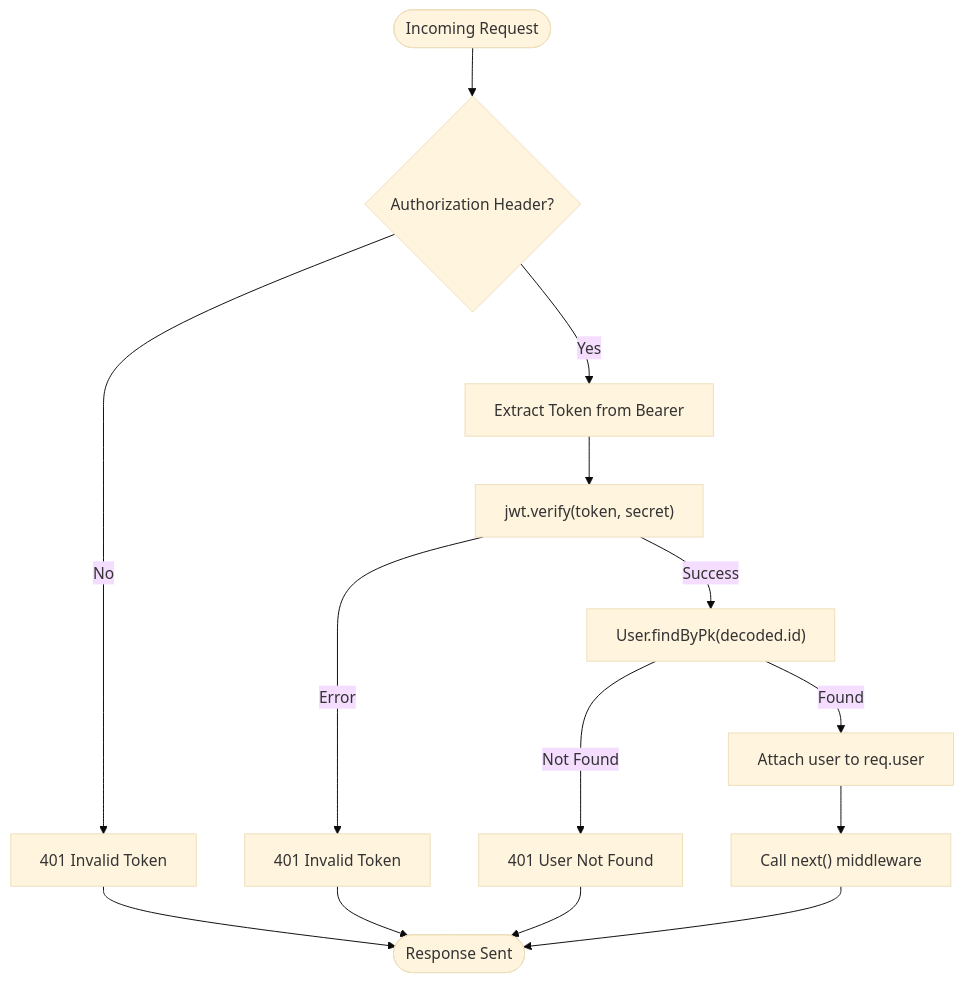
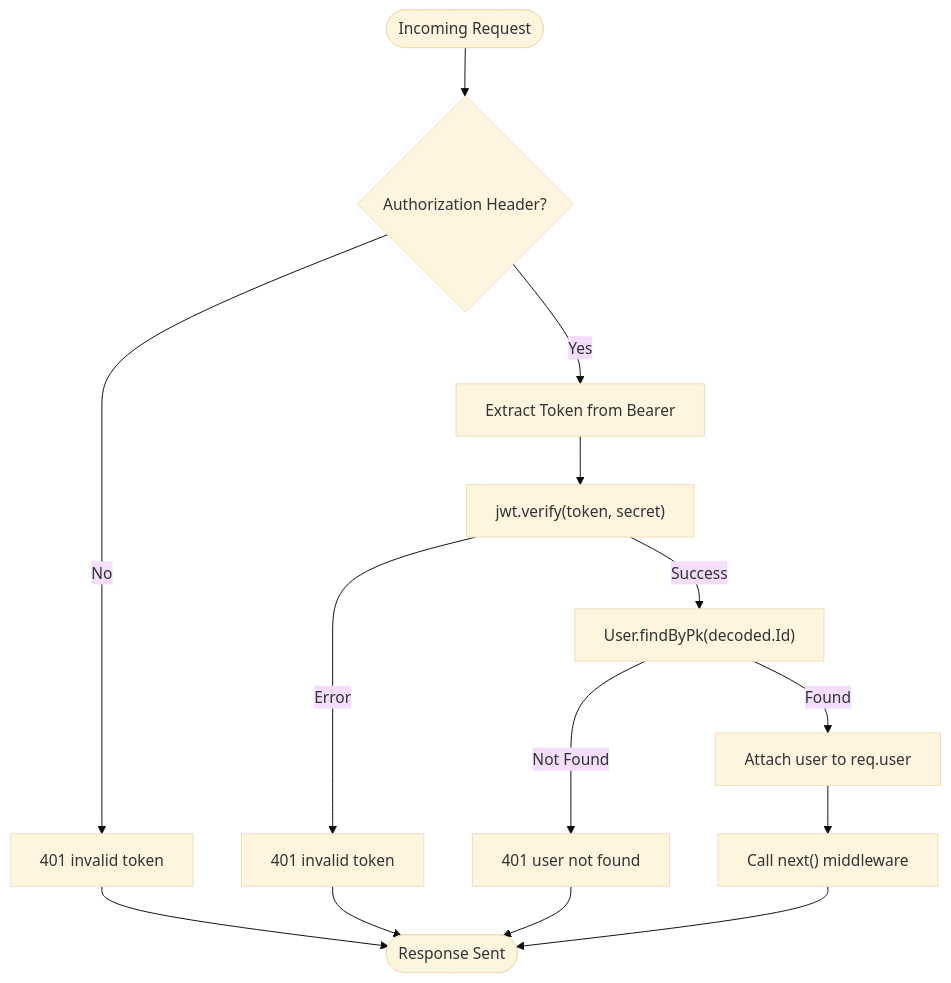
Before and after one commit to Mreng78/khirocom_project: the fifth of 8 diagrams in .qoder/repowiki/en/content/Feature Modules/User Management System.md, drawn with Mermaid (base theme). The commit also changed other lines of this file and 13 other files, not shown here.

````diff
--- a/.qoder/repowiki/en/content/Feature Modules/User Management System.md
+++ b/.qoder/repowiki/en/content/Feature Modules/User Management System.md
@@ -305,16 +342,16 @@
 ```mermaid
 flowchart TD
 Start(["Incoming Request"]) --> HeaderCheck{"Authorization Header?"}
-HeaderCheck --> |No| Unauthorized["401 Invalid Token"]
+HeaderCheck --> |No| Unauthorized["401 invalid token"]
 HeaderCheck --> |Yes| ExtractToken["Extract Token from Bearer"]
 ExtractToken --> VerifyToken["jwt.verify(token, secret)"]
-VerifyToken --> |Error| InvalidToken["401 Invalid Token"]
-VerifyToken --> |Success| LoadUser["User.findByPk(decoded.id)"]
-LoadUser --> |Not Found| UserNotFound["401 User Not Found"]
+VerifyToken --> |Error| InvalidToken["401 invalid token"]
+VerifyToken --> |Success| LoadUser["User.findByPk(decoded.Id)"]
+LoadUser --> |Not Found| UserNotFound["401 user not found"]
 LoadUser --> |Found| AttachUser["Attach user to req.user"]
 AttachUser --> Next["Call next() middleware"]
 Unauthorized --> End(["Response Sent"])
 InvalidToken --> End
 UserNotFound --> End
 Next --> End
 ```
````
